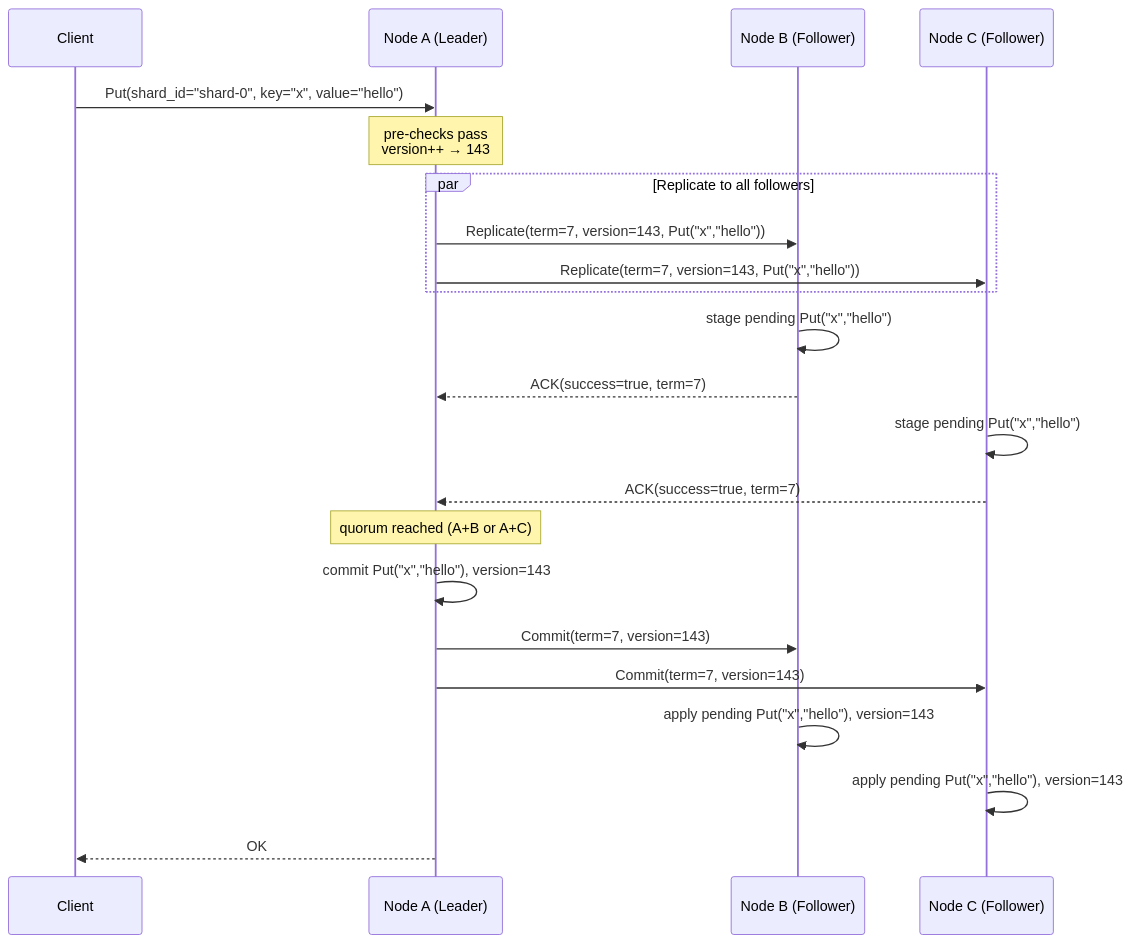
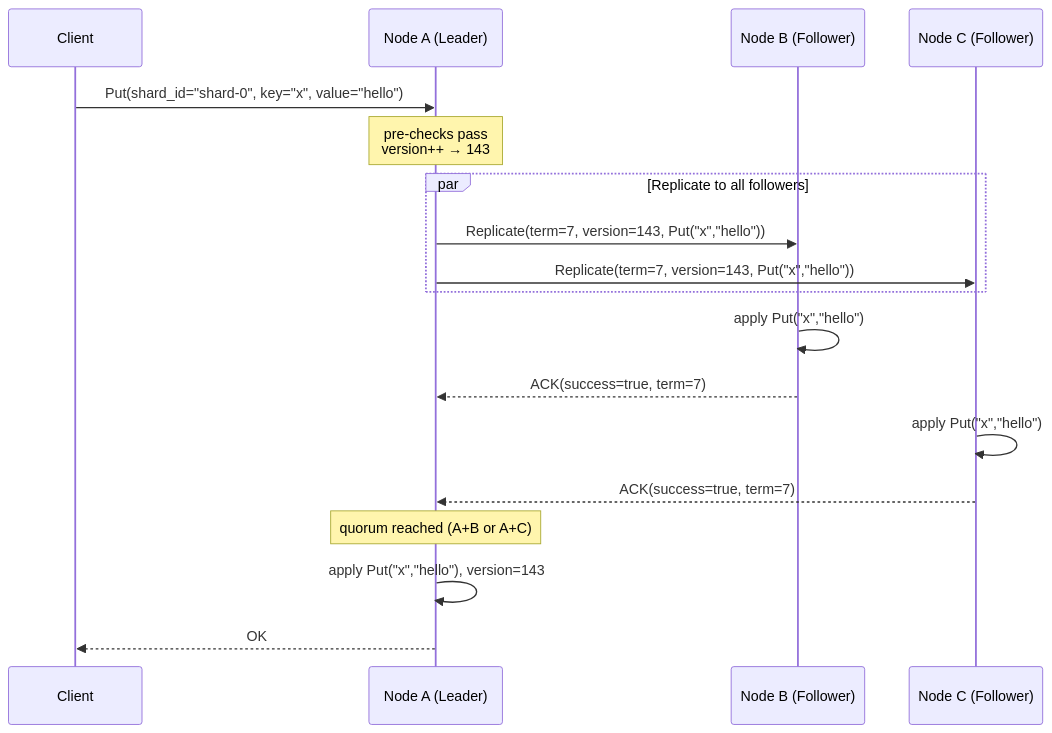
Before and after one commit to davecarr1024/doki: the first of 9 diagrams in docs/replication.md, drawn with Mermaid. The commit also changed other lines of this file and 15 other files, not shown here.

````diff
--- a/docs/replication.md
+++ b/docs/replication.md
@@ -37,30 +37,26 @@
 ```mermaid
 sequenceDiagram
     participant CL as Client
     participant A as Node A (Leader)
     participant B as Node B (Follower)
     participant C as Node C (Follower)
 
     CL->>A: Put(shard_id="shard-0", key="x", value="hello")
 
     note over A: pre-checks pass<br/>version++ → 143
 
     par Replicate to all followers
         A->>B: Replicate(term=7, version=143, Put("x","hello"))
         A->>C: Replicate(term=7, version=143, Put("x","hello"))
     end
 
-    B->>B: stage pending Put("x","hello")
+    B->>B: apply Put("x","hello")
     B-->>A: ACK(success=true, term=7)
 
-    C->>C: stage pending Put("x","hello")
+    C->>C: apply Put("x","hello")
     C-->>A: ACK(success=true, term=7)
 
     note over A: quorum reached (A+B or A+C)
-    A->>A: commit Put("x","hello"), version=143
-    A->>B: Commit(term=7, version=143)
-    A->>C: Commit(term=7, version=143)
-    B->>B: apply pending Put("x","hello"), version=143
-    C->>C: apply pending Put("x","hello"), version=143
+    A->>A: apply Put("x","hello"), version=143
     A-->>CL: OK
 ```
````
